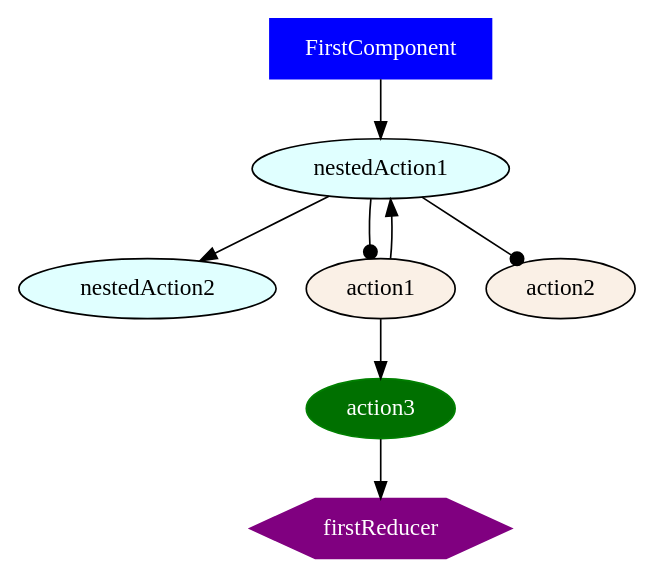
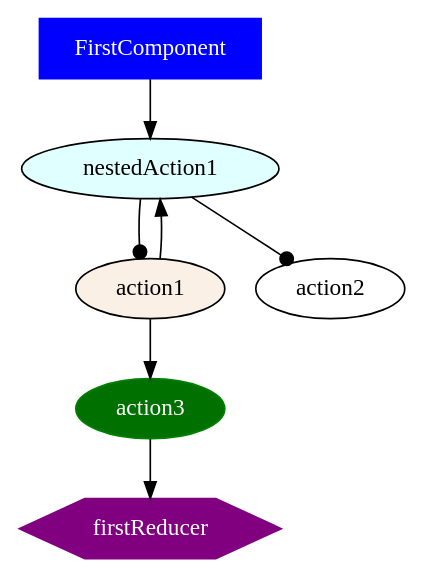
Before and after one commit to ammarnajjar/ngrx-graph: the diagram in docs/examples/case2/out/action3.dot, drawn with Graphviz. The commit also changed 50 other files, not shown here.

First line of the commit message:
feat: add DOT file generation and SVG support for action graphs

```diff
--- a/docs/examples/case2/out/action3.dot
+++ b/docs/examples/case2/out/action3.dot
@@ -1,16 +1,13 @@
 digraph {
 FirstComponent [shape="box", color=blue, fillcolor=blue, fontcolor=white, style=filled]
 nestedAction1 [color=black, fillcolor=lightcyan, fontcolor=black, style=filled]
-nestedAction2 [color=black, fillcolor=lightcyan, fontcolor=black, style=filled]
 action1 [fillcolor=linen, style=filled]
-action2 [fillcolor=linen, style=filled]
 action3 [color=green, fillcolor="#007000", fontcolor=white, style=filled]
 firstReducer [shape="hexagon", color=purple, fillcolor=purple, fontcolor=white, style=filled]
 FirstComponent -> nestedAction1
+action3 -> firstReducer
 action1 -> nestedAction1
 action1 -> action3
-nestedAction1 -> nestedAction2
-action3 -> firstReducer
 nestedAction1 -> action1 [arrowhead=dot]
 nestedAction1 -> action2 [arrowhead=dot]
 }
```
